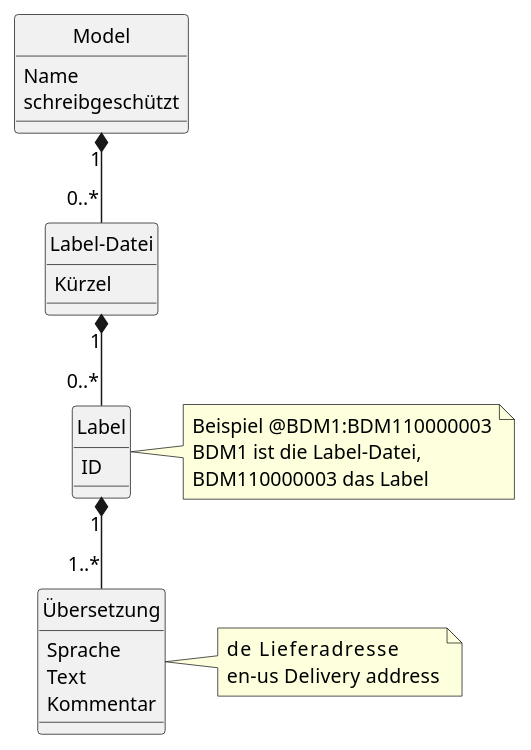
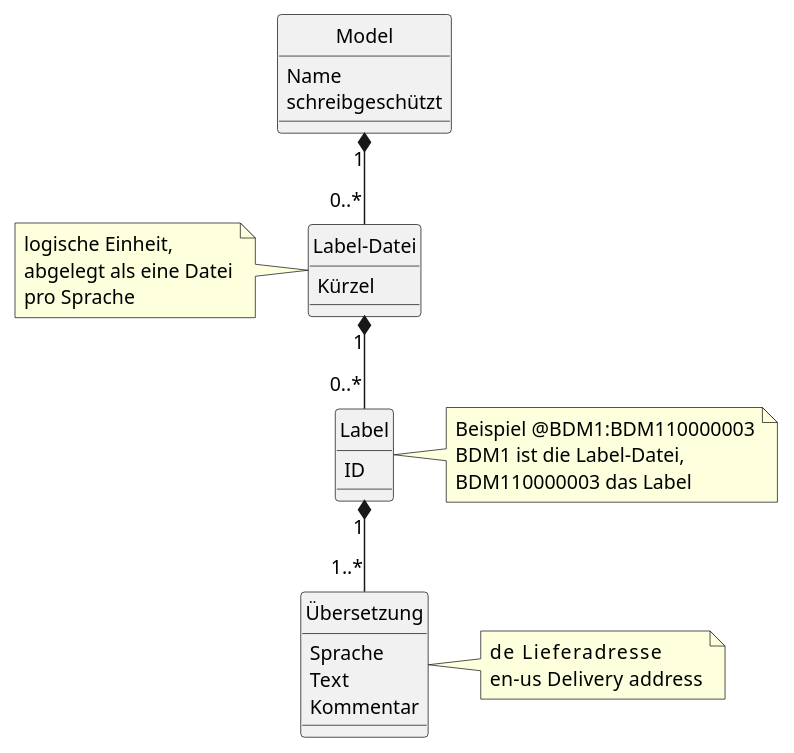
One commit to Adyrem/diploma-label-localization changed the diagram in documentation/diagrams/Labelstruktur.puml. Above: the diagram before and after it, drawn with PlantUML. The commit also changed 9 other files, not shown here.

```diff
--- a/documentation/diagrams/Labelstruktur.puml
+++ b/documentation/diagrams/Labelstruktur.puml
@@ -1,39 +1,45 @@
 @startuml
 ' Zusammenhang von Model, Label-Datei, Label und Übersetzung.
 ' Rendern: plantuml -tpng -charset UTF-8 Labelstruktur.puml
 
 skinparam defaultFontSize 13
 skinparam classAttributeIconSize 0
 hide circle
 
 class Model {
   Name
   schreibgeschützt
 }
 class "Label-Datei" as LabelFile {
   Kürzel
 }
 class Label {
   ID
 }
 class "Übersetzung" as Uebersetzung {
   Sprache
   Text
   Kommentar
 }
 
 Model "1" *-- "0..*" LabelFile
 LabelFile "1" *-- "0..*" Label
 Label "1" *-- "1..*" Uebersetzung
 
+note left of LabelFile
+  logische Einheit,
+  abgelegt als eine Datei
+  pro Sprache
+end note
+
 note right of Label
   Beispiel @BDM1:BDM110000003
   BDM1 ist die Label-Datei,
   BDM110000003 das Label
 end note
 
 note right of Uebersetzung
   de     Lieferadresse
   en-us  Delivery address
 end note
 @enduml
```
